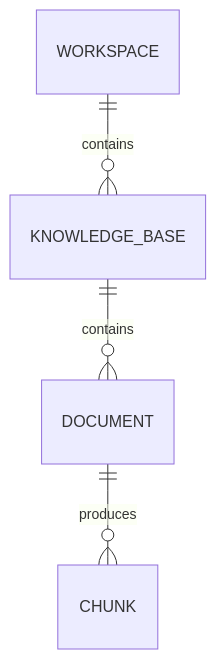
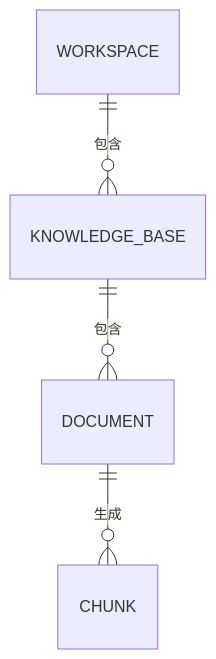
The diagram in docs/data-api-design-proposal.md (cenxv46597/enterprise-ai-agent-platform), drawn with Mermaid before and after one commit. The commit also changed other lines of this file and 3 other files, not shown here.

````diff
--- a/docs/data-api-design-proposal.md
+++ b/docs/data-api-design-proposal.md
@@ -11,6 +11,6 @@
 ```mermaid
 erDiagram
-    WORKSPACE ||--o{ KNOWLEDGE_BASE : contains
-    KNOWLEDGE_BASE ||--o{ DOCUMENT : contains
-    DOCUMENT ||--o{ CHUNK : produces
+    WORKSPACE ||--o{ KNOWLEDGE_BASE : 包含
+    KNOWLEDGE_BASE ||--o{ DOCUMENT : 包含
+    DOCUMENT ||--o{ CHUNK : 生成
 ```
````
